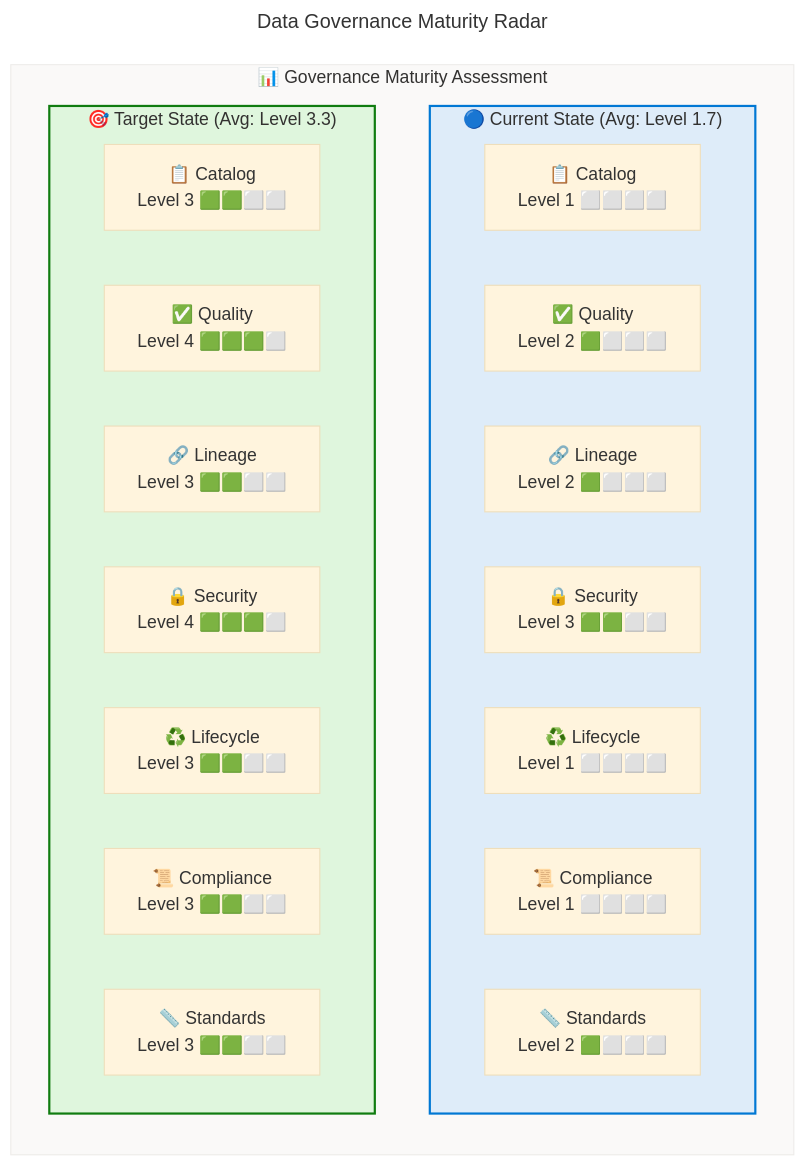
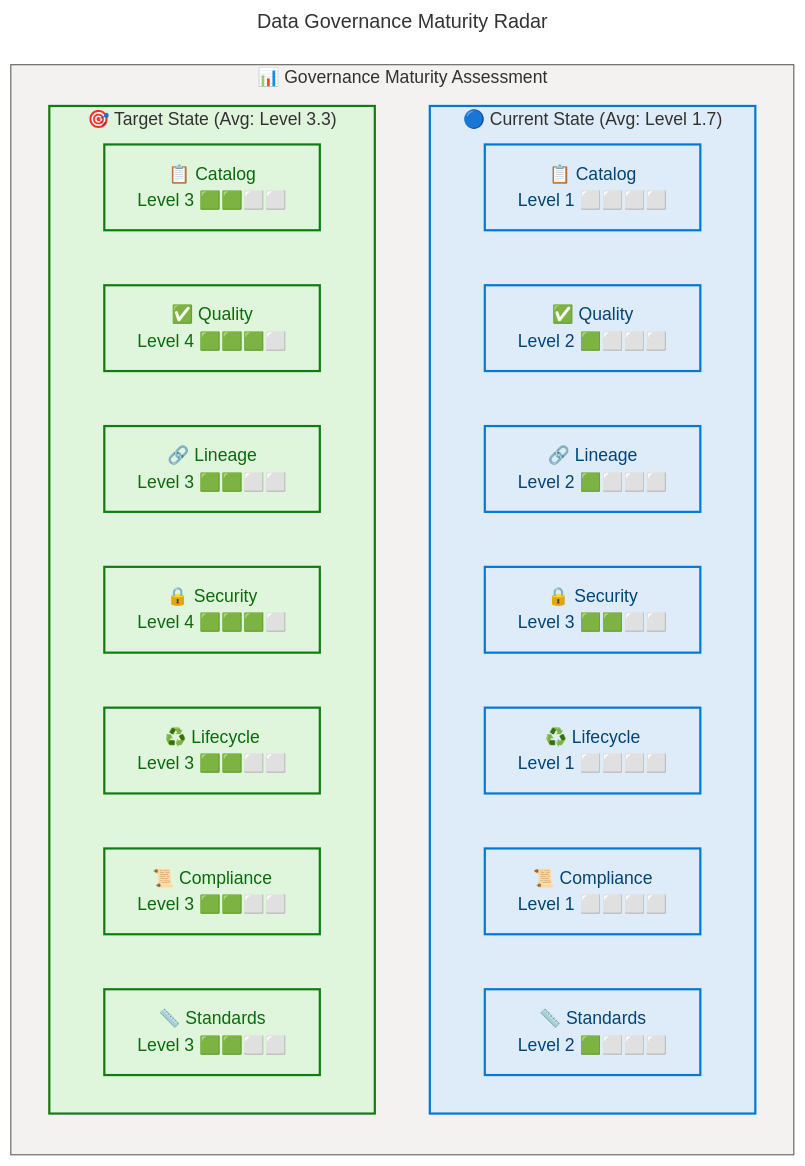
Before and after one commit to Evilazaro/IdentityProvider: diagram 13 of 13 in docs/architecture/data-architecture.md, drawn with Mermaid. The commit also changed other lines of this file, not shown here.

Commit message:
Enhance data architecture diagrams with accessibility features and improved styling for clarity

````diff
--- a/docs/architecture/data-architecture.md
+++ b/docs/architecture/data-architecture.md
@@ -1149,44 +1267,55 @@
 ```mermaid
 ---
 title: Data Governance Maturity Radar
 config:
   theme: base
   look: classic
   layout: dagre
   themeVariables:
     fontSize: '16px'
   flowchart:
     htmlLabels: true
 ---
 flowchart TB
     accTitle: Data Governance Maturity Assessment
     accDescr: Diagram showing the current governance maturity levels across seven dimensions with current state and target state indicators
 
+    %% ── AZURE / FLUENT v1.1 ──────────────────────────────────
+    %% PHASE 1 — Structural ✔  direction explicit, nesting ≤ 3
+    %% PHASE 2 — Semantic   ✔  neutral-first, max 5 classes
+    %% PHASE 3 — Font       ✔  dark text on light bg
+    %% PHASE 4 — Accessibility ✔  accTitle + accDescr present
+    %% PHASE 5 — Standards  ✔  centralized classDefs below
+    %% ─────────────────────────────────────────────────────────
+
     subgraph MATURITY["📊 Governance Maturity Assessment"]
         direction TB
 
         subgraph CURRENT["🔵 Current State (Avg: Level 1.7)"]
-            C1["📋 Catalog<br/>Level 1 ⬜⬜⬜⬜"]
-            C2["✅ Quality<br/>Level 2 🟩⬜⬜⬜"]
-            C3["🔗 Lineage<br/>Level 2 🟩⬜⬜⬜"]
-            C4["🔒 Security<br/>Level 3 🟩🟩⬜⬜"]
-            C5["♻️ Lifecycle<br/>Level 1 ⬜⬜⬜⬜"]
-            C6["📜 Compliance<br/>Level 1 ⬜⬜⬜⬜"]
-            C7["📏 Standards<br/>Level 2 🟩⬜⬜⬜"]
+            C1["📋 Catalog<br/>Level 1 ⬜⬜⬜⬜"]:::core
+            C2["✅ Quality<br/>Level 2 🟩⬜⬜⬜"]:::core
+            C3["🔗 Lineage<br/>Level 2 🟩⬜⬜⬜"]:::core
+            C4["🔒 Security<br/>Level 3 🟩🟩⬜⬜"]:::core
+            C5["♻️ Lifecycle<br/>Level 1 ⬜⬜⬜⬜"]:::core
+            C6["📜 Compliance<br/>Level 1 ⬜⬜⬜⬜"]:::core
+            C7["📏 Standards<br/>Level 2 🟩⬜⬜⬜"]:::core
         end
 
         subgraph TARGET["🎯 Target State (Avg: Level 3.3)"]
-            T1["📋 Catalog<br/>Level 3 🟩🟩⬜⬜"]
-            T2["✅ Quality<br/>Level 4 🟩🟩🟩⬜"]
-            T3["🔗 Lineage<br/>Level 3 🟩🟩⬜⬜"]
-            T4["🔒 Security<br/>Level 4 🟩🟩🟩⬜"]
-            T5["♻️ Lifecycle<br/>Level 3 🟩🟩⬜⬜"]
-            T6["📜 Compliance<br/>Level 3 🟩🟩⬜⬜"]
-            T7["📏 Standards<br/>Level 3 🟩🟩⬜⬜"]
+            T1["📋 Catalog<br/>Level 3 🟩🟩⬜⬜"]:::success
+            T2["✅ Quality<br/>Level 4 🟩🟩🟩⬜"]:::success
+            T3["🔗 Lineage<br/>Level 3 🟩🟩⬜⬜"]:::success
+            T4["🔒 Security<br/>Level 4 🟩🟩🟩⬜"]:::success
+            T5["♻️ Lifecycle<br/>Level 3 🟩🟩⬜⬜"]:::success
+            T6["📜 Compliance<br/>Level 3 🟩🟩⬜⬜"]:::success
+            T7["📏 Standards<br/>Level 3 🟩🟩⬜⬜"]:::success
         end
     end
 
+    classDef core fill:#DEECF9,stroke:#0078D4,stroke-width:2px,color:#004578
+    classDef success fill:#DFF6DD,stroke:#107C10,stroke-width:2px,color:#0B6A0B
+
     style CURRENT fill:#DEECF9,stroke:#0078D4,stroke-width:2px,color:#323130
     style TARGET fill:#DFF6DD,stroke:#107C10,stroke-width:2px,color:#323130
-    style MATURITY fill:#FAF9F8,stroke:#EDEBE9,stroke-width:1px,color:#323130
+    style MATURITY fill:#F3F2F1,stroke:#605E5C,stroke-width:1px,color:#323130
 ```
````
